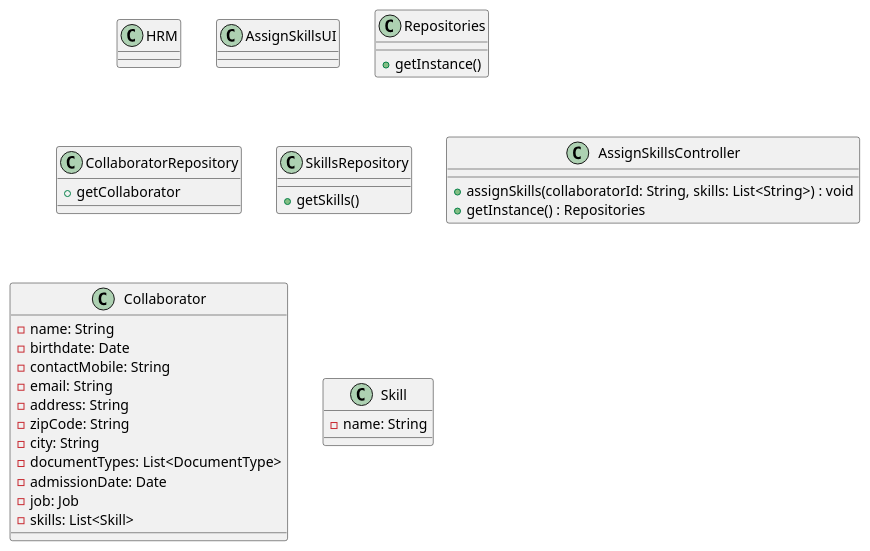
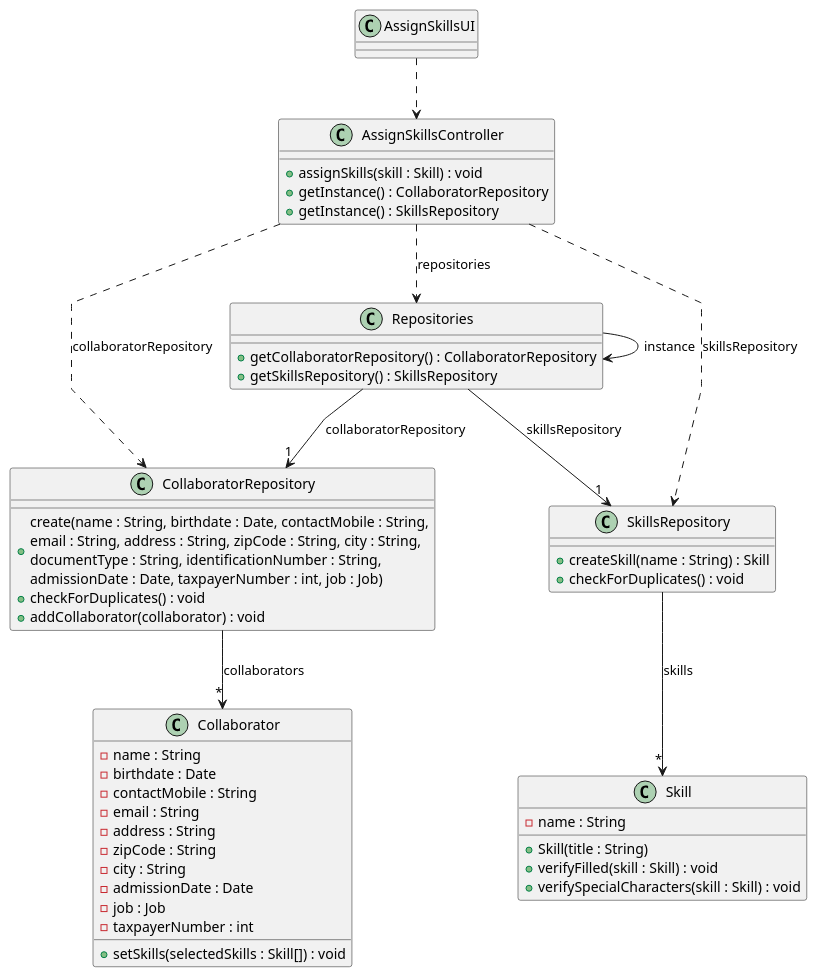
Before and after one commit to ricardomm7/leaflink: the diagram in docs/sprintB/us004/03.design/puml/us004-class-diagram.puml, drawn with PlantUML. The commit also changed other lines of this file and 1 other file, not shown here.

Commit message:
LFC2-146 Updated the class diagram and read me of US04

```diff
--- a/docs/sprintB/us004/03.design/puml/us004-class-diagram.puml
+++ b/docs/sprintB/us004/03.design/puml/us004-class-diagram.puml
@@ -1,49 +1,62 @@
 @startuml
 skinparam packageStyle rectangle
 skinparam shadowing false
 skinparam linetype polyline
 
-class HRM {
-}
-
-
 class AssignSkillsUI {
 }
 
+class AssignSkillsController {
+    + assignSkills(skill : Skill) : void
+    + getInstance() : CollaboratorRepository
+    + getInstance() : SkillsRepository
+}
+
 class Repositories {
-    + getInstance()
+    + getCollaboratorRepository() : CollaboratorRepository
+    + getSkillsRepository() : SkillsRepository
 }
 
 class CollaboratorRepository {
-    + getCollaborator
+        + create(name : String, birthdate : Date, contactMobile : String,\nemail : String, address : String, zipCode : String, city : String,\ndocumentType : String, identificationNumber : String, \nadmissionDate : Date, taxpayerNumber : int, job : Job)
+        + checkForDuplicates() : void
+        + addCollaborator(collaborator) : void
 }
 
 class SkillsRepository {
-    + getSkills()
-}
-
-class AssignSkillsController {
-    +assignSkills(collaboratorId: String, skills: List<String>) : void
-    +getInstance() : Repositories
+    + createSkill(name : String) : Skill
+    + checkForDuplicates() : void
 }
 
 class Collaborator {
-    - name: String
-    - birthdate: Date
-    - contactMobile: String
-    - email: String
-    - address: String
-    - zipCode: String
-    - city: String
-    - documentTypes: List<DocumentType>
-    - admissionDate: Date
-    - job: Job
-    - skills: List<Skill>
+    - name : String
+    - birthdate : Date
+    - contactMobile : String
+    - email : String
+    - address : String
+    - zipCode : String
+    - city : String
+    - admissionDate : Date
+    - job : Job
+    - taxpayerNumber : int
+    + setSkills(selectedSkills : Skill[]) : void
 }
 
-
 class Skill {
-    - name: String
+    - name : String
+    + Skill(title : String)
+    + verifyFilled(skill : Skill) : void
+    + verifySpecialCharacters(skill : Skill) : void
 }
 
+AssignSkillsUI ..> AssignSkillsController
+AssignSkillsController ..> Repositories : repositories
+Repositories --> Repositories : instance
+Repositories --> "1" CollaboratorRepository : collaboratorRepository
+Repositories --> "1" SkillsRepository : skillsRepository
+AssignSkillsController ..> CollaboratorRepository : collaboratorRepository
+AssignSkillsController ..> SkillsRepository : skillsRepository
+CollaboratorRepository --> "*" Collaborator : collaborators
+SkillsRepository --> "*" Skill : skills
+
 @enduml
```
